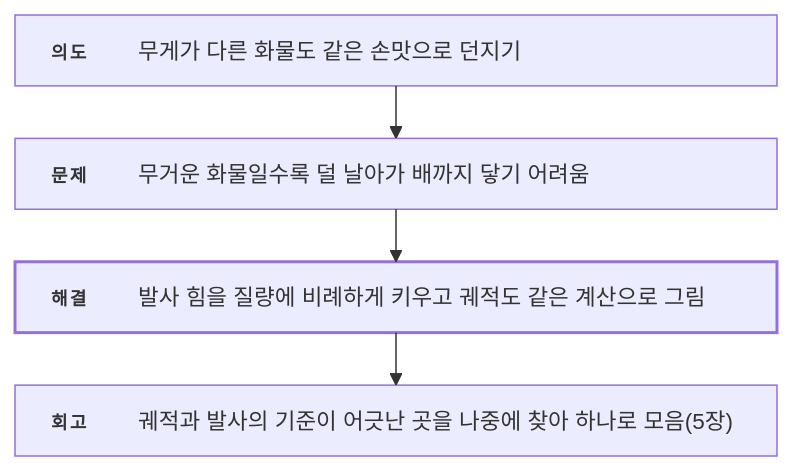
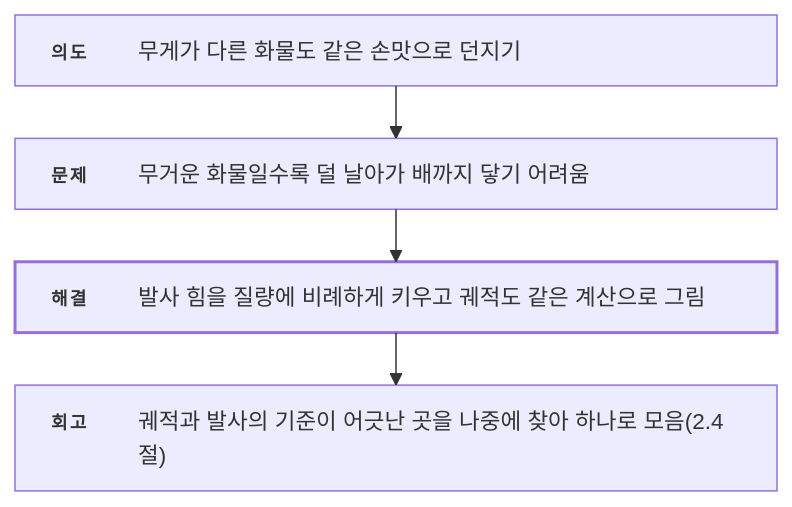
One commit to ashadeveloperr/ashadeveloperr.github.io changed the fourth of 9 diagrams in src/2-project-babel/기술문서.md. Above: the diagram before and after it, drawn with Mermaid. The commit also changed other lines of this file, not shown here.

````diff
--- a/src/2-project-babel/기술문서.md
+++ b/src/2-project-babel/기술문서.md
@@ -199,18 +234,18 @@
 ```mermaid
 ---
 config:
   layout: elk
   flowchart:
     wrappingWidth: 520
     padding: 12
 ---
 flowchart TB
   %% feature-flow — _local/flow-diagrams.py가 만듦
   I["<div style='width:460px;display:flex;gap:14px;align-items:baseline;text-align:left;white-space:normal'><span style='flex:0 0 44px;padding-top:2px;font-size:12px;font-weight:700;letter-spacing:.12em;color:var(--accent-ink)'>의도</span><span style='flex:1;font-size:15px;line-height:1.55;color:var(--ink)'>무게가 다른 화물도 같은 손맛으로 던지기</span></div>"]
   P["<div style='width:460px;display:flex;gap:14px;align-items:baseline;text-align:left;white-space:normal'><span style='flex:0 0 44px;padding-top:2px;font-size:12px;font-weight:700;letter-spacing:.12em;color:var(--accent-ink)'>문제</span><span style='flex:1;font-size:15px;line-height:1.55;color:var(--ink)'>무거운 화물일수록 덜 날아가 배까지 닿기 어려움</span></div>"]
   S["<div style='width:460px;display:flex;gap:14px;align-items:baseline;text-align:left;white-space:normal'><span style='flex:0 0 44px;padding-top:2px;font-size:12px;font-weight:700;letter-spacing:.12em;color:var(--accent-ink)'>해결</span><span style='flex:1;font-size:15px;line-height:1.55;color:var(--ink)'>발사 힘을 질량에 비례하게 키우고 궤적도 같은 계산으로 그림</span></div>"]
-  R["<div style='width:460px;display:flex;gap:14px;align-items:baseline;text-align:left;white-space:normal'><span style='flex:0 0 44px;padding-top:2px;font-size:12px;font-weight:700;letter-spacing:.12em;color:var(--accent-ink)'>회고</span><span style='flex:1;font-size:15px;line-height:1.55;color:var(--ink)'>궤적과 발사의 기준이 어긋난 곳을 나중에 찾아 하나로 모음(5장)</span></div>"]
+  R["<div style='width:460px;display:flex;gap:14px;align-items:baseline;text-align:left;white-space:normal'><span style='flex:0 0 44px;padding-top:2px;font-size:12px;font-weight:700;letter-spacing:.12em;color:var(--accent-ink)'>회고</span><span style='flex:1;font-size:15px;line-height:1.55;color:var(--ink)'>궤적과 발사의 기준이 어긋난 곳을 나중에 찾아 하나로 모음(2.4절)</span></div>"]
   I --> P --> S --> R
   classDef key stroke-width:2px
   class S key
 ```
````
